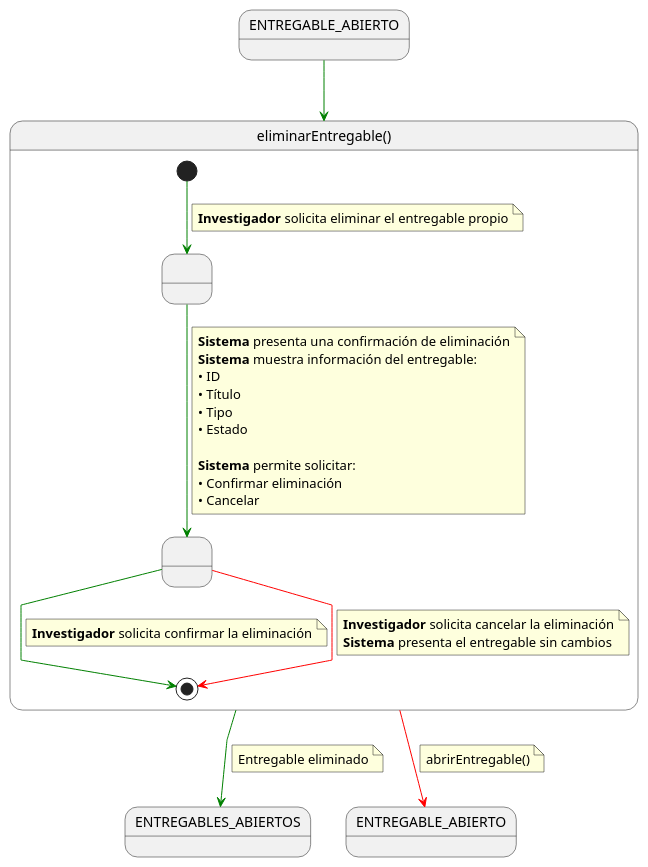
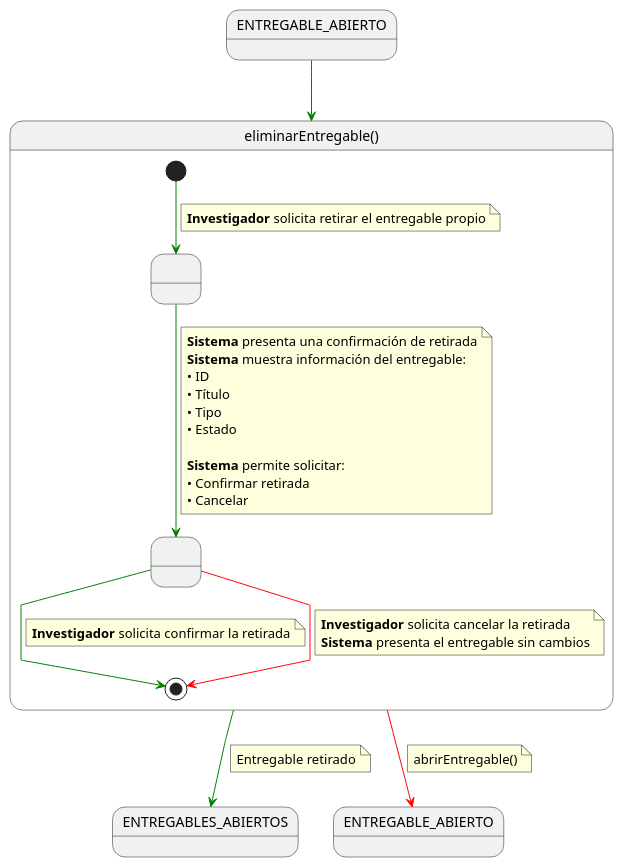
Before and after one commit to beatriizorozco/25-26-idsw2-sdVC: the diagram in RUP/00-casos-uso/02-detalle/investigador/eliminarEntregable/especificacion.puml, drawn with PlantUML. The commit also changed 98 other files, not shown here.

```diff
--- a/RUP/00-casos-uso/02-detalle/investigador/eliminarEntregable/especificacion.puml
+++ b/RUP/00-casos-uso/02-detalle/investigador/eliminarEntregable/especificacion.puml
@@ -1,53 +1,53 @@
 @startuml eliminarEntregable
 skinparam linetype polyline
 
 state in1 as "ENTREGABLE_ABIERTO"
 in1 -[#green]-> eliminarEntregable
 
 state eliminarEntregable as "eliminarEntregable()" {
 
-    state " " as SolicitandoEliminacion
-    state " " as ConfirmandoEliminacion
+    state " " as SolicitandoRetirada
+    state " " as ConfirmandoRetirada
 
-    [*] -[#green]-> SolicitandoEliminacion
+    [*] -[#green]-> SolicitandoRetirada
     note on link
-    <b>Investigador</b> solicita eliminar el entregable propio
+    <b>Investigador</b> solicita retirar el entregable propio
     end note
 
-    SolicitandoEliminacion -[#green]-> ConfirmandoEliminacion
+    SolicitandoRetirada -[#green]-> ConfirmandoRetirada
     note on link
-    <b>Sistema</b> presenta una confirmación de eliminación
+    <b>Sistema</b> presenta una confirmación de retirada
     <b>Sistema</b> muestra información del entregable:
     • ID
     • Título
     • Tipo
     • Estado
 
     <b>Sistema</b> permite solicitar:
-    • Confirmar eliminación
+    • Confirmar retirada
     • Cancelar
     end note
 
-    ConfirmandoEliminacion -[#green]-> [*]
+    ConfirmandoRetirada -[#green]-> [*]
     note on link
-    <b>Investigador</b> solicita confirmar la eliminación
+    <b>Investigador</b> solicita confirmar la retirada
     end note
 
-    ConfirmandoEliminacion -[#red]-> [*]
+    ConfirmandoRetirada -[#red]-> [*]
     note on link
-    <b>Investigador</b> solicita cancelar la eliminación
+    <b>Investigador</b> solicita cancelar la retirada
     <b>Sistema</b> presenta el entregable sin cambios
     end note
 }
 
 eliminarEntregable -[#green]-> ENTREGABLES_ABIERTOS
 note on link
-Entregable eliminado
+Entregable retirado
 end note
 
 eliminarEntregable -[#red]-> ENTREGABLE_ABIERTO
 note on link
 abrirEntregable()
 end note
 
 @enduml
```
